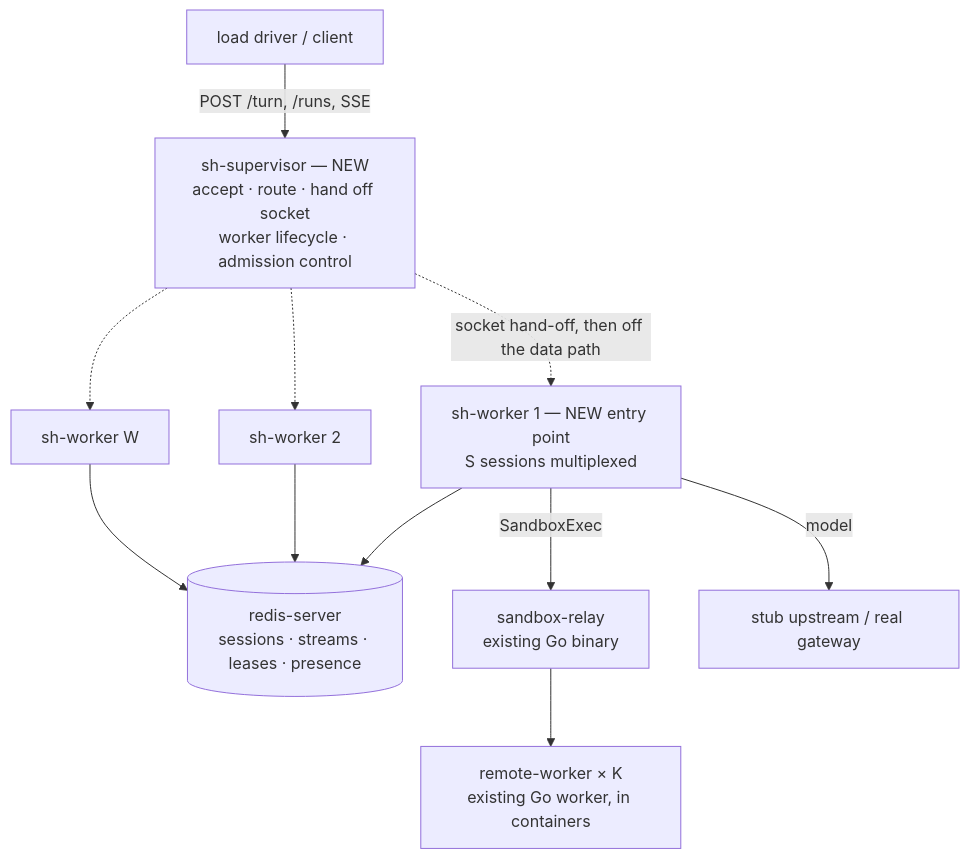
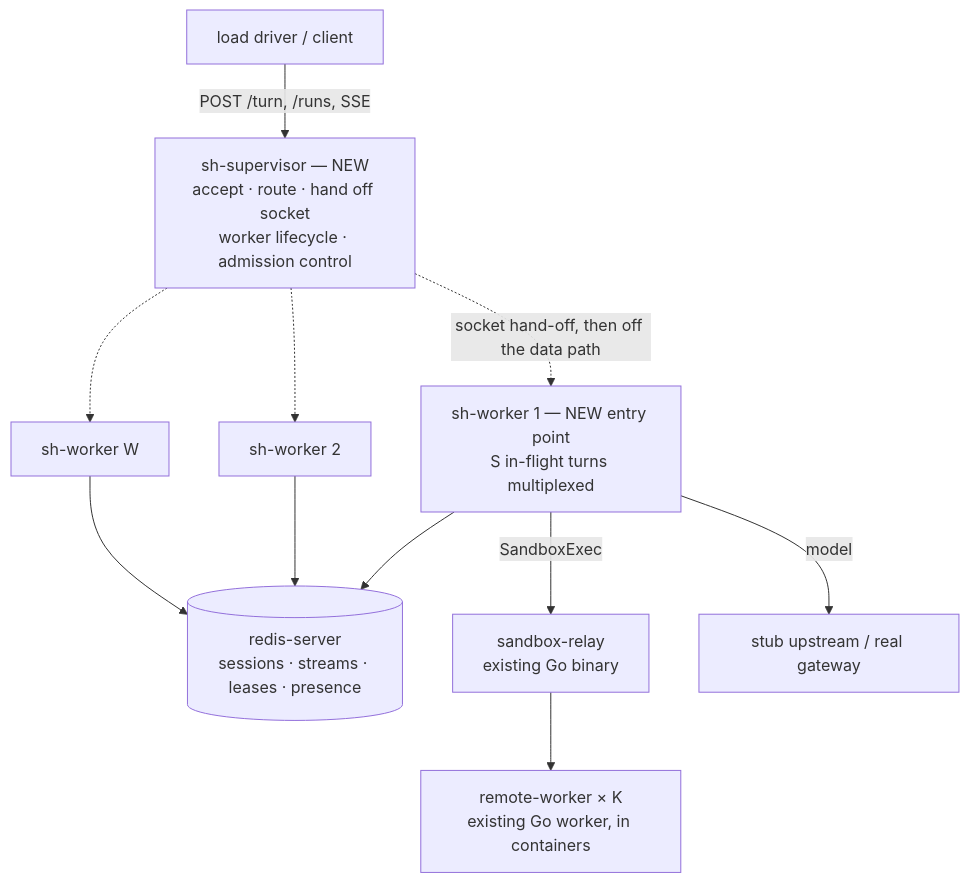
One commit to pdettori/serverless-harness changed the diagram in docs/specs/2026-09-08-p6-vm-process-manager-design.md. Above: the diagram before and after it, drawn with Mermaid. The commit also changed other lines of this file and 1 other file, not shown here.

First line of the commit message:
docs(spec): P6 — fix sticky's routing key, split the duty bases, define S as turns

````diff
--- a/docs/specs/2026-09-08-p6-vm-process-manager-design.md
+++ b/docs/specs/2026-09-08-p6-vm-process-manager-design.md
@@ -130,17 +149,17 @@
 ```mermaid
 flowchart TB
     D[load driver / client] -->|POST /turn, /runs, SSE| SUP
     SUP["sh-supervisor — NEW<br/>accept · route · hand off socket<br/>worker lifecycle · admission control"]
     SUP -.->|socket hand-off, then off the data path| W1
     SUP -.-> W2
     SUP -.-> Wn
-    W1["sh-worker 1 — NEW entry point<br/>S sessions multiplexed"]
+    W1["sh-worker 1 — NEW entry point<br/>S in-flight turns multiplexed"]
     W2[sh-worker 2]
     Wn[sh-worker W]
     W1 --> R[(redis-server<br/>sessions · streams · leases · presence)]
     W2 --> R
     Wn --> R
     W1 -->|SandboxExec| RLY[sandbox-relay<br/>existing Go binary]
     RLY --> SBX[remote-worker × K<br/>existing Go worker, in containers]
     W1 -->|model| M[stub upstream / real gateway]
 ```
````
